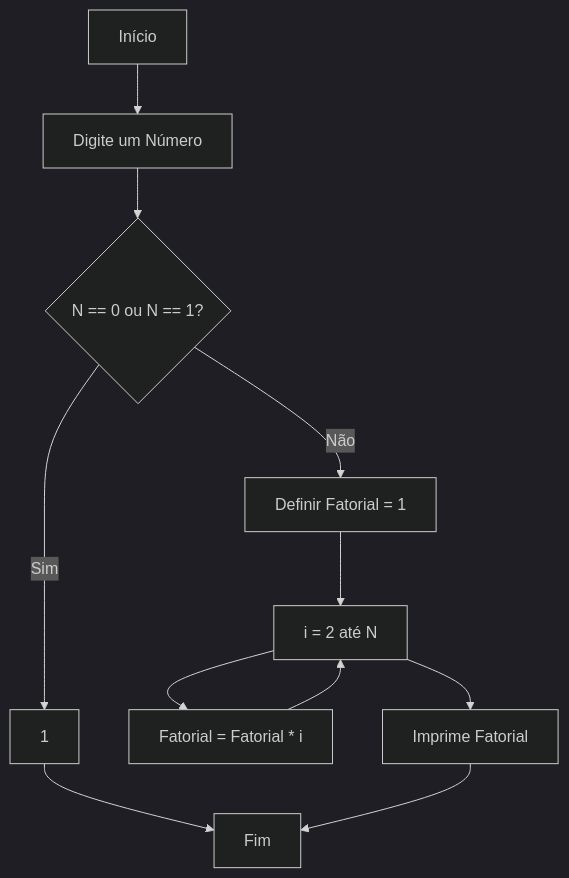
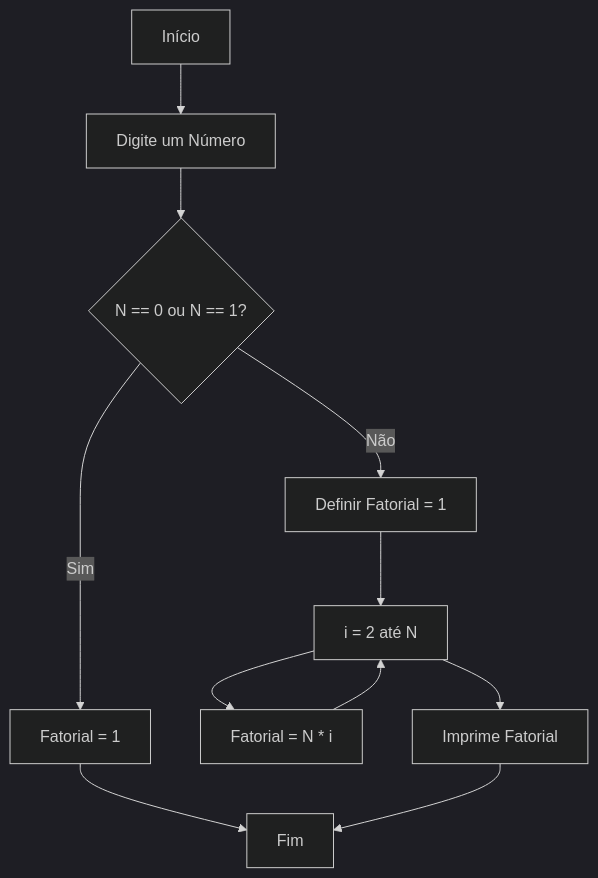
One commit to CecsG/ListaExerciciosCecilia changed the eighth of 10 diagrams in LP/Listas de Exercícios/LP_Lista_01/README.md. Above: the diagram before and after it, drawn with Mermaid (dark theme).

````diff
--- a/LP/Listas de Exercícios/LP_Lista_01/README.md
+++ b/LP/Listas de Exercícios/LP_Lista_01/README.md
@@ -124,12 +124,12 @@
    ```mermaid
    flowchart TD
     A[Início] --> B[Digite um Número]
     B --> C{N == 0 ou N == 1?}
-    C -- Sim --> D[ 1] --> E[Fim]
+    C -- Sim --> D[ Fatorial = 1] --> finish[Fim]
     C -- Não --> F[Definir Fatorial = 1]
     F --> G[i = 2 até N]
-    G --> H[Fatorial = Fatorial * i]
+    G --> H[Fatorial = N * i]
     H --> G
     G --> I[Imprime Fatorial]
-    I --> E
+    I --> finish
    ```
````
